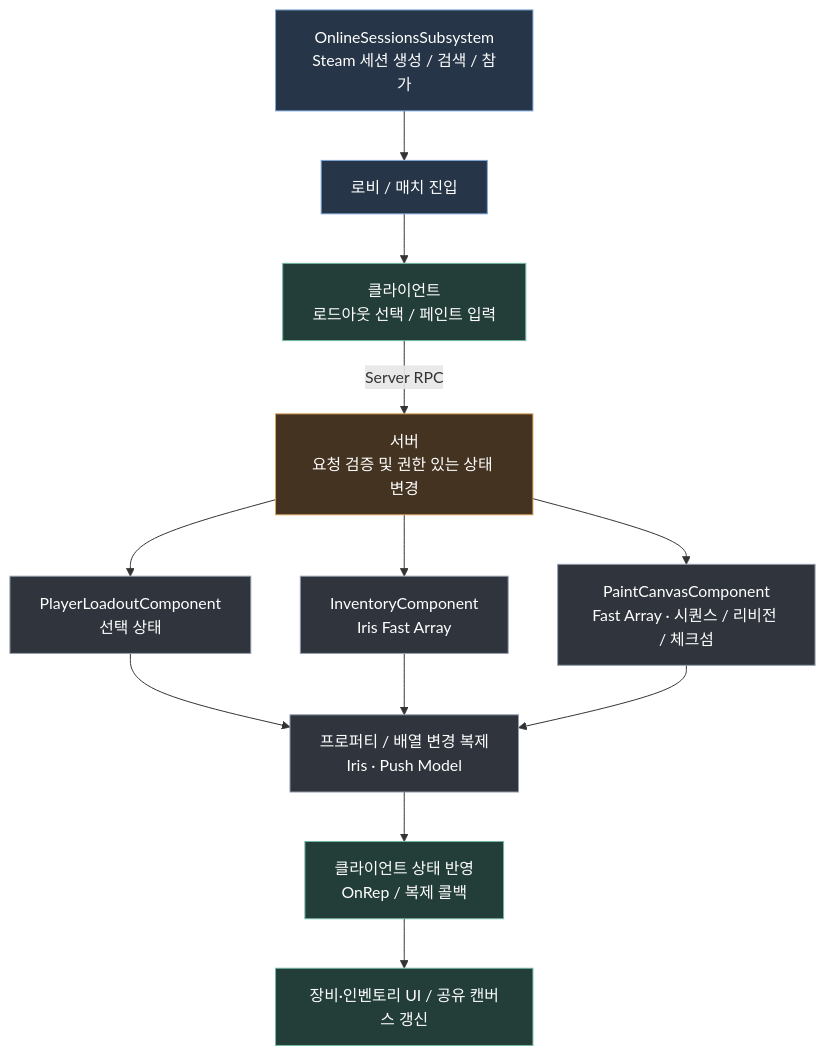
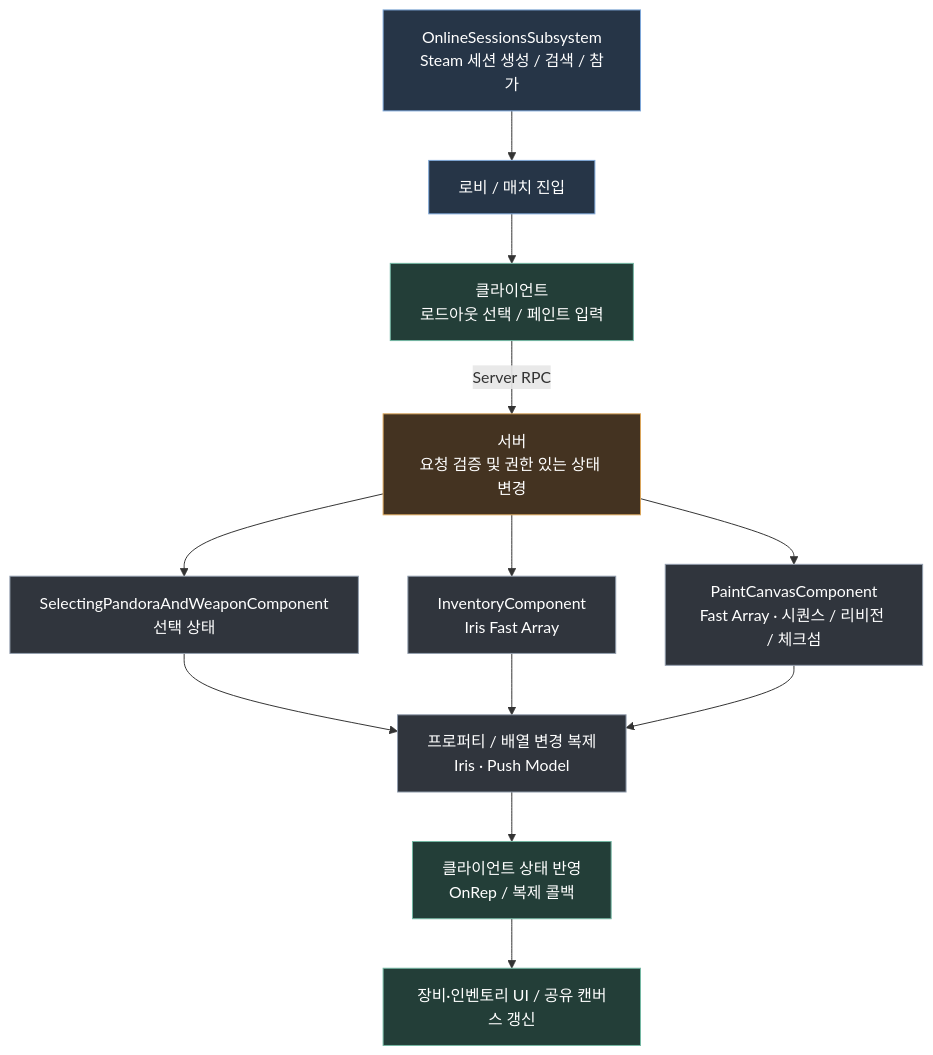
The second of 2 diagrams in README.md (wighs33/Pandora-Battle), drawn with Mermaid before and after one commit. The commit also changed other lines of this file and 35 other files, not shown here.

````diff
--- a/README.md
+++ b/README.md
@@ -59,26 +59,26 @@
 ```mermaid
 flowchart TD
     Session["OnlineSessionsSubsystem<br/>Steam 세션 생성 / 검색 / 참가"]
     Session --> Lobby["로비 / 매치 진입"]
     Lobby --> Client["클라이언트<br/>로드아웃 선택 / 페인트 입력"]
     Client -->|Server RPC| Server["서버<br/>요청 검증 및 권한 있는 상태 변경"]
 
-    Server --> Loadout["PlayerLoadoutComponent<br/>선택 상태"]
+    Server --> Loadout["SelectingPandoraAndWeaponComponent<br/>선택 상태"]
     Server --> Inventory["InventoryComponent<br/>Iris Fast Array"]
     Server --> Paint["PaintCanvasComponent<br/>Fast Array · 시퀀스 / 리비전 / 체크섬"]
 
     Loadout --> Replication["프로퍼티 / 배열 변경 복제<br/>Iris · Push Model"]
     Inventory --> Replication
     Paint --> Replication
     Replication --> LocalState["클라이언트 상태 반영<br/>OnRep / 복제 콜백"]
     LocalState --> Presentation["장비·인벤토리 UI / 공유 캔버스 갱신"]
 
     classDef online fill:#263547,stroke:#7da7d9,color:#ffffff
     classDef authority fill:#443321,stroke:#dba65b,color:#ffffff
     classDef state fill:#30353d,stroke:#929eae,color:#ffffff
     classDef client fill:#233e38,stroke:#73b7a3,color:#ffffff
     class Session,Lobby online
     class Server authority
     class Loadout,Inventory,Paint,Replication state
     class Client,LocalState,Presentation client
 ```
````
